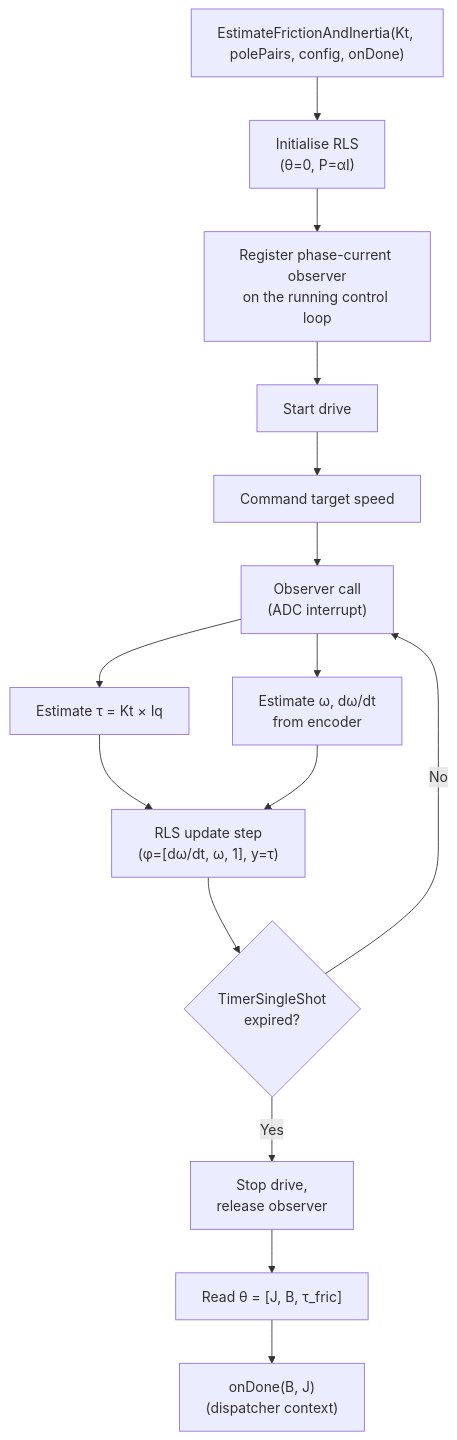
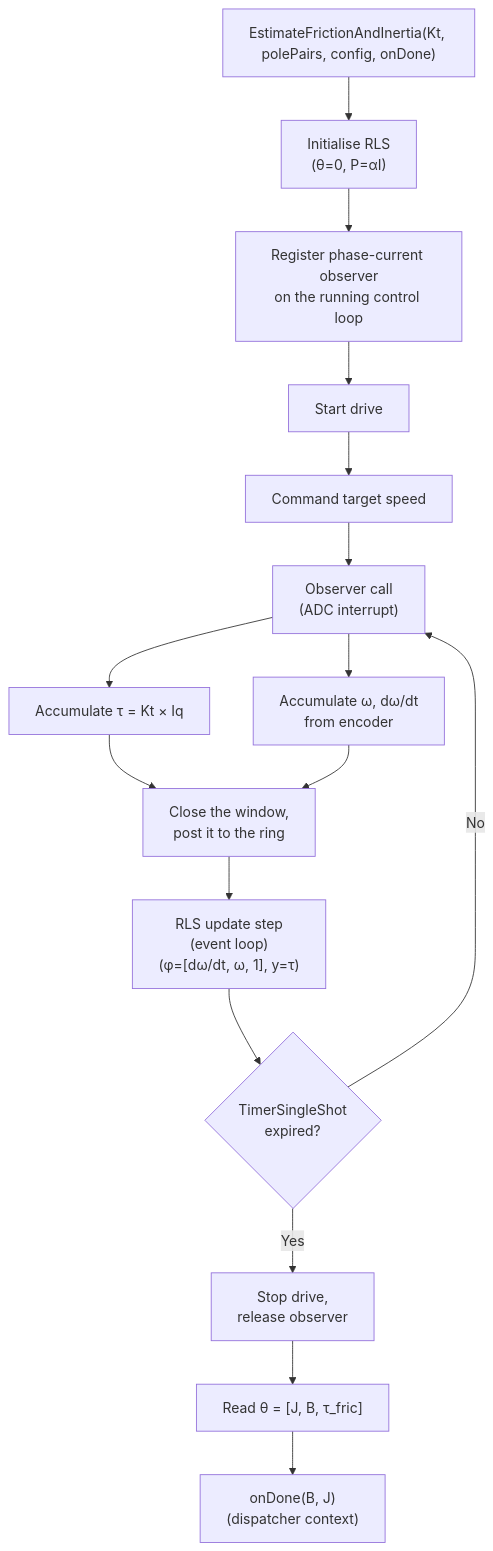
One commit to embedded-pro/e-foc changed the first of 2 diagrams in documentation/design/service-mechanical-ident.md. Above: the diagram before and after it, drawn with Mermaid. The commit also changed other lines of this file and 5 other files, not shown here.

````diff
--- a/documentation/design/service-mechanical-ident.md
+++ b/documentation/design/service-mechanical-ident.md
@@ -302,17 +302,18 @@
 ```mermaid
 flowchart TD
     START["EstimateFrictionAndInertia(Kt, polePairs, config, onDone)"] --> INIT["Initialise RLS\n(θ=0, P=αI)"]
     INIT --> OBS["Register phase-current observer\non the running control loop"]
     OBS --> DRIVE["Start drive"]
     DRIVE --> CMD_SPEED["Command target speed"]
     CMD_SPEED --> CB["Observer call\n(ADC interrupt)"]
-    CB --> TAU["Estimate τ = Kt × Iq"]
-    CB --> VEL["Estimate ω, dω/dt\nfrom encoder"]
-    TAU --> RLS["RLS update step\n(φ=[dω/dt, ω, 1], y=τ)"]
-    VEL --> RLS
+    CB --> TAU["Accumulate τ = Kt × Iq"]
+    CB --> VEL["Accumulate ω, dω/dt\nfrom encoder"]
+    TAU --> POST["Close the window,\npost it to the ring"]
+    VEL --> POST
+    POST --> RLS["RLS update step\n(event loop)\n(φ=[dω/dt, ω, 1], y=τ)"]
     RLS --> TIMEOUT{"TimerSingleShot\nexpired?"}
     TIMEOUT -->|No| CB
     TIMEOUT -->|Yes| REL["Stop drive,\nrelease observer"]
     REL --> REPORT["Read θ = [J, B, τ_fric]"]
     REPORT --> CB2["onDone(B, J)\n(dispatcher context)"]
 ```
````
